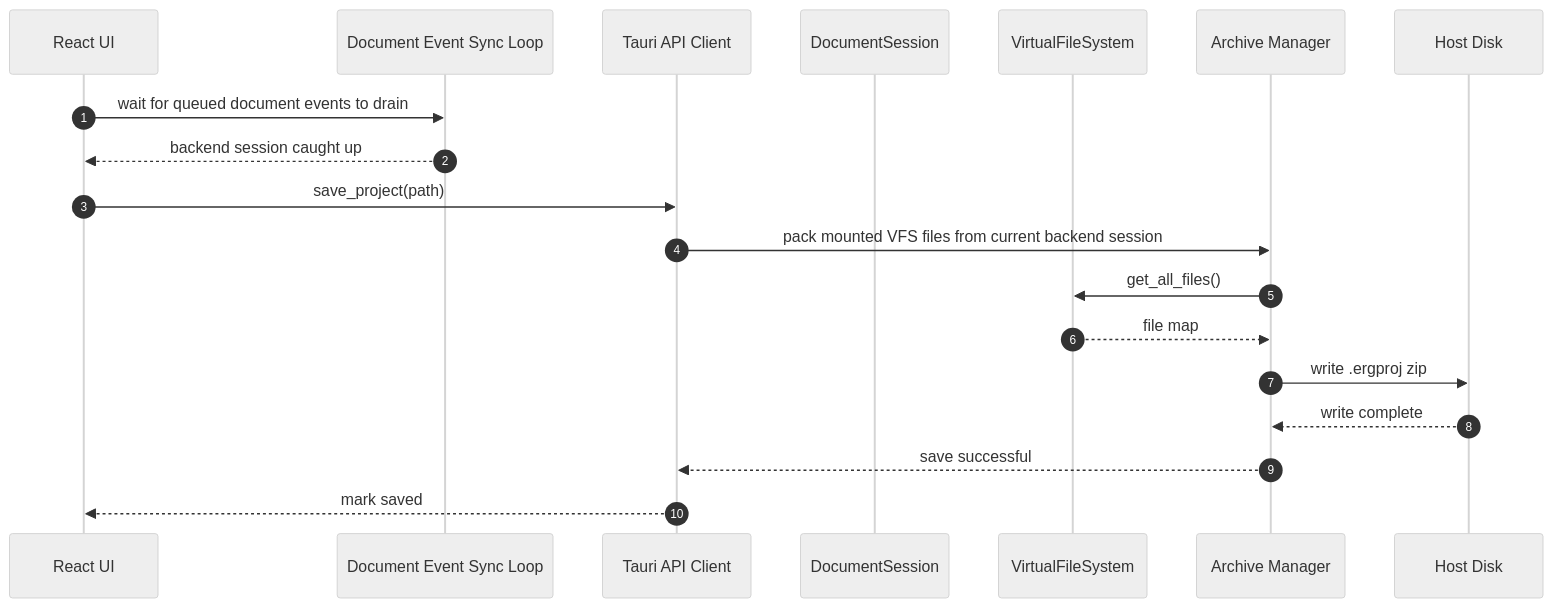
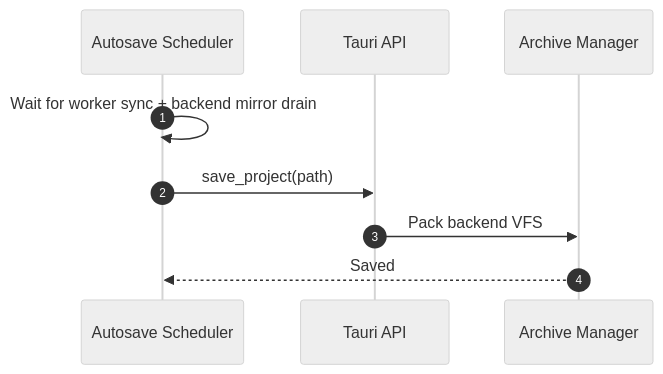
Before and after one commit to andmoreduro/ergo: the third of 9 diagrams in context/sequence-diagrams.md, drawn with Mermaid (neutral theme). The commit also changed other lines of this file and 12 other files, not shown here.

````diff
--- a/context/sequence-diagrams.md
+++ b/context/sequence-diagrams.md
@@ -128,23 +66,13 @@
 ```mermaid
 sequenceDiagram
     autonumber
 
-    participant UI as React UI
-    participant SyncLoop as Document Event Sync Loop
-    participant API as Tauri API Client
-    participant Session as DocumentSession
-    participant VFS as VirtualFileSystem
+    participant Autosave as Autosave Scheduler
+    participant API as Tauri API
     participant Archive as Archive Manager
-    participant Disk as Host Disk
 
-    UI->>SyncLoop: wait for queued document events to drain
-    SyncLoop-->>UI: backend session caught up
-    UI->>API: save_project(path)
-    API->>Archive: pack mounted VFS files from current backend session
-    Archive->>VFS: get_all_files()
-    VFS-->>Archive: file map
-    Archive->>Disk: write .ergproj zip
-    Disk-->>Archive: write complete
-    Archive-->>API: save successful
-    API-->>UI: mark saved
+    Autosave->>Autosave: Wait for worker sync + backend mirror drain
+    Autosave->>API: save_project(path)
+    API->>Archive: Pack backend VFS
+    Archive-->>Autosave: Saved
 ```
````
